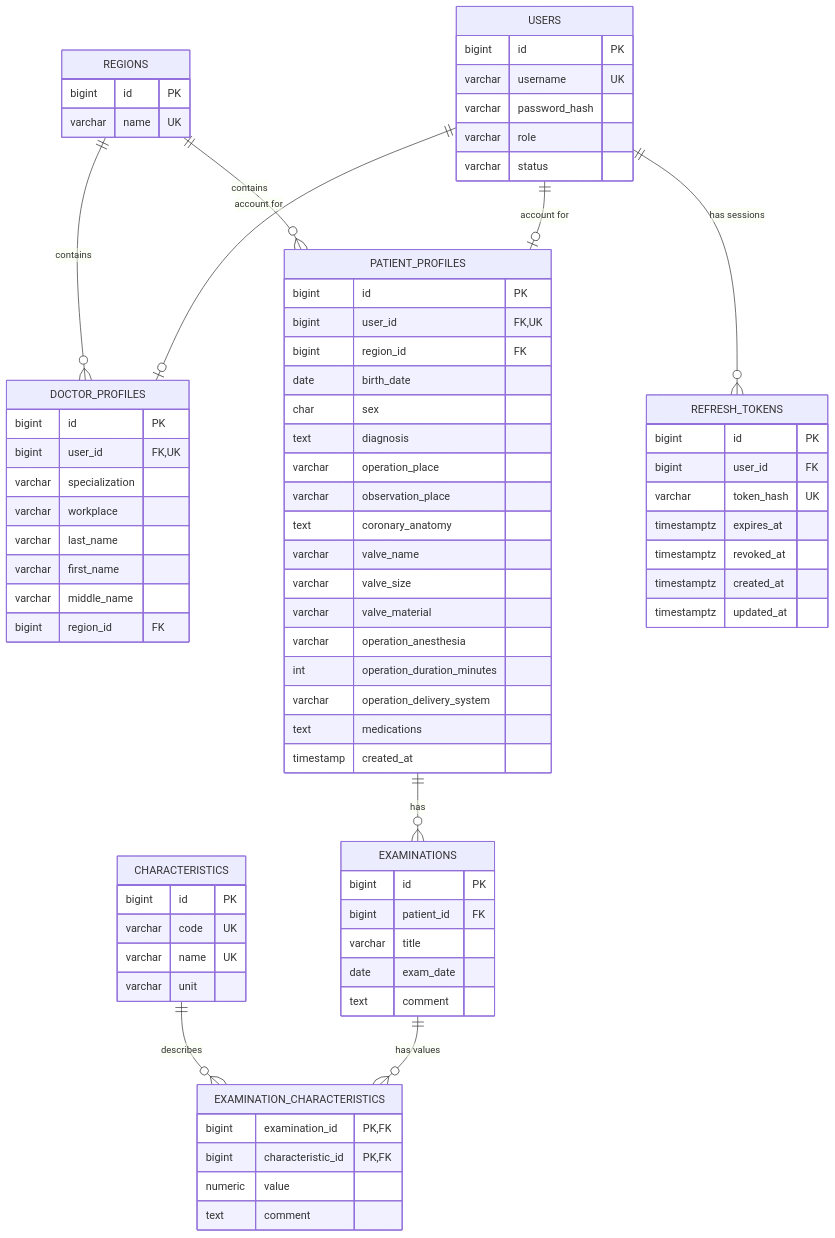
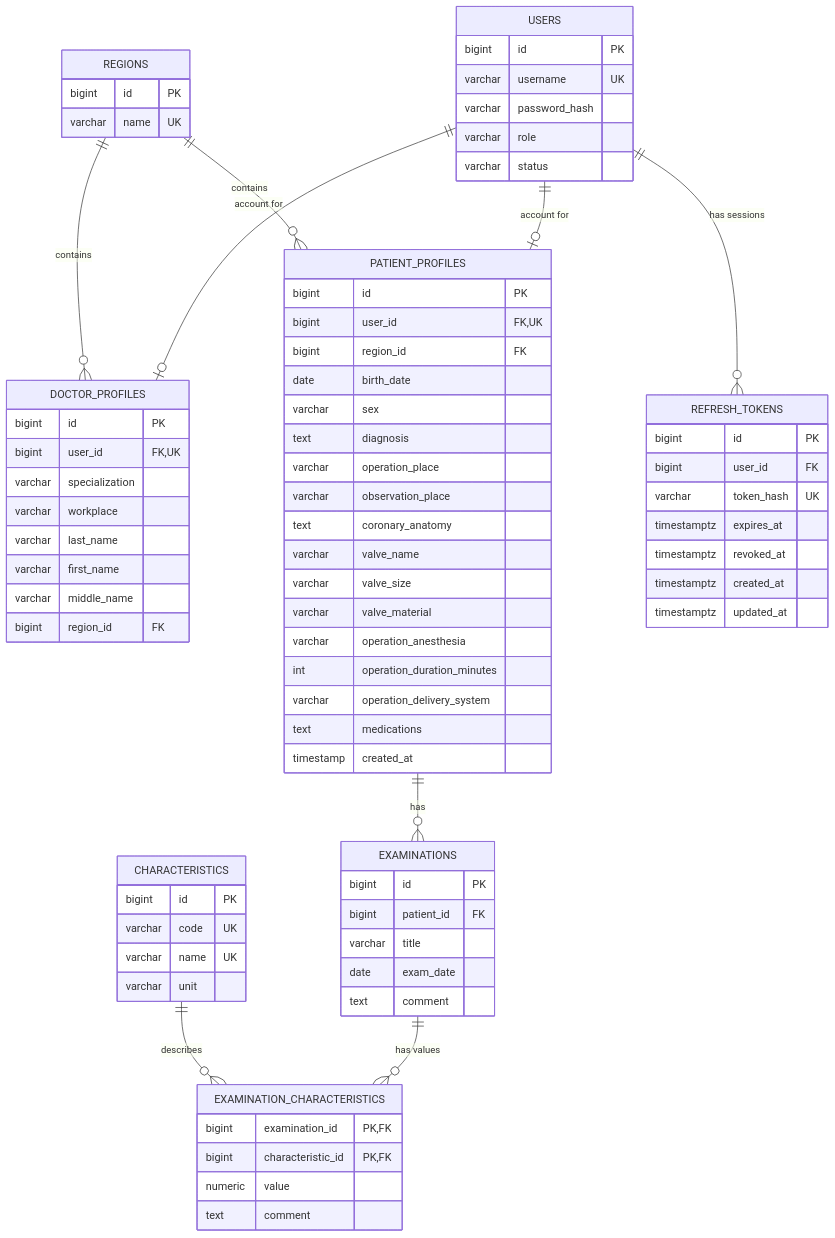
Before and after one commit to 1softgirl1/web-course-work: the diagram in backend/doc/data/er.mmd, drawn with Mermaid. The commit also changed 8 other files, not shown here.

```diff
--- a/backend/doc/data/er.mmd
+++ b/backend/doc/data/er.mmd
@@ -1,85 +1,85 @@
 erDiagram
     USERS {
         bigint id PK
         varchar username UK
         varchar password_hash
         varchar role
         varchar status
     }
 
     REGIONS {
         bigint id PK
         varchar name UK
     }
 
     DOCTOR_PROFILES {
         bigint id PK
         bigint user_id FK,UK
         varchar specialization
         varchar workplace
         varchar last_name
         varchar first_name
         varchar middle_name
         bigint region_id FK
     }
 
     PATIENT_PROFILES {
         bigint id PK
         bigint user_id FK,UK
         bigint region_id FK
         date birth_date
-        char sex
+        varchar sex
         text diagnosis
         varchar operation_place
         varchar observation_place
         text coronary_anatomy
         varchar valve_name
         varchar valve_size
         varchar valve_material
         varchar operation_anesthesia
         int operation_duration_minutes
         varchar operation_delivery_system
         text medications
         timestamp created_at
     }
 
     EXAMINATIONS {
         bigint id PK
         bigint patient_id FK
         varchar title
         date exam_date
         text comment
     }
 
     CHARACTERISTICS {
         bigint id PK
         varchar code UK
         varchar name UK
         varchar unit
     }
 
     EXAMINATION_CHARACTERISTICS {
         bigint examination_id PK,FK
         bigint characteristic_id PK,FK
         numeric value
         text comment
     }
 
     REFRESH_TOKENS {
         bigint id PK
         bigint user_id FK
         varchar token_hash UK
         timestamptz expires_at
         timestamptz revoked_at
         timestamptz created_at
         timestamptz updated_at
     }
 
     USERS ||--o| DOCTOR_PROFILES : "account for"
     USERS ||--o| PATIENT_PROFILES : "account for"
     USERS ||--o{ REFRESH_TOKENS : "has sessions"
     REGIONS ||--o{ DOCTOR_PROFILES : "contains"
     REGIONS ||--o{ PATIENT_PROFILES : "contains"
     PATIENT_PROFILES ||--o{ EXAMINATIONS : "has"
     EXAMINATIONS ||--o{ EXAMINATION_CHARACTERISTICS : "has values"
     CHARACTERISTICS ||--o{ EXAMINATION_CHARACTERISTICS : "describes"
```
